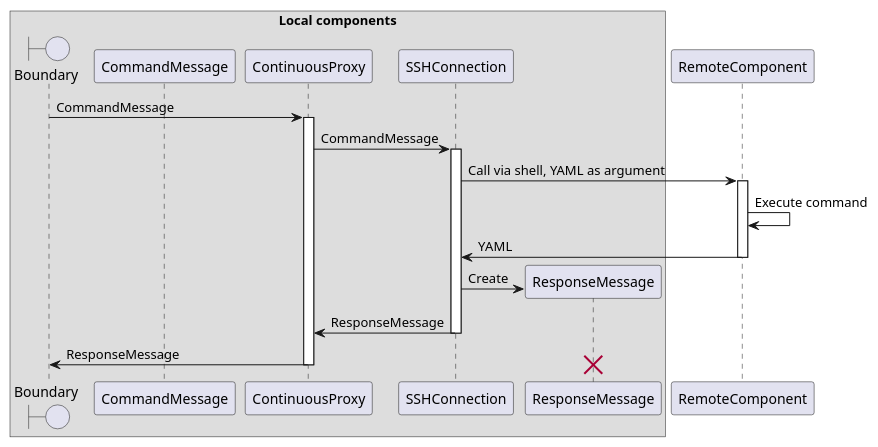
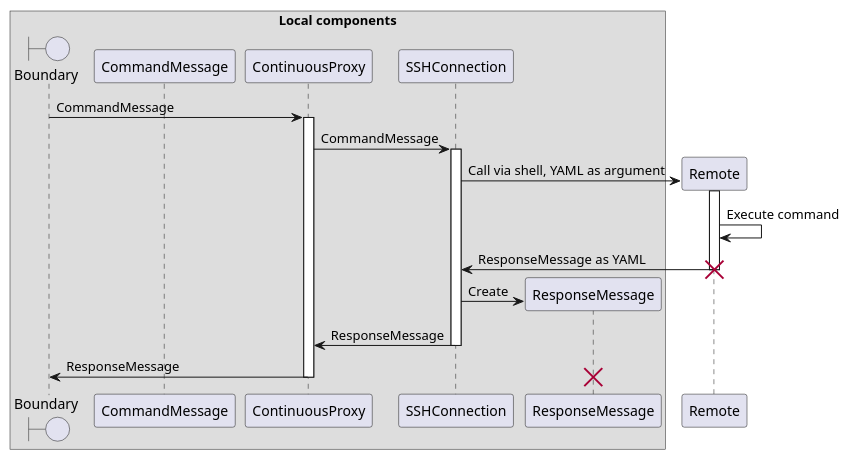
Before and after one commit to DistributedTaskScheduling/documentation: the diagram in design/sequence/proxy-continuous.puml, drawn with PlantUML. The commit also changed 2 other files, not shown here.

Commit message:
Revised Remote lifelines

```diff
--- a/design/sequence/proxy-continuous.puml
+++ b/design/sequence/proxy-continuous.puml
@@ -1,27 +1,29 @@
 @startuml
 
 'This file is the same as proxy-one-message.puml except the SSHConnection is continuous 
 'instead of created/destroyed for each Message.
 
 box "Local components"
     boundary Boundary
     participant CommandMessage
     participant ContinuousProxy as Proxy
     participant SSHConnection
     participant ResponseMessage
 end box
 
 Boundary -> Proxy ++ : CommandMessage
 'Proxy -> SSHConnection ** : Create
 Proxy -> SSHConnection ++ : CommandMessage
-SSHConnection -> RemoteComponent ++ : Call via shell, YAML as argument
-RemoteComponent -> RemoteComponent : Execute command
-SSHConnection <- RemoteComponent -- : YAML
+SSHConnection -> Remote ** : Call via shell, YAML as argument
+activate Remote
+Remote -> Remote : Execute command
+SSHConnection <- Remote -- : ResponseMessage as YAML
+destroy Remote
 SSHConnection -> ResponseMessage ** : Create
 Proxy <- SSHConnection -- : ResponseMessage
 'Proxy -> SSHConnection !!
 Boundary <- Proxy -- : ResponseMessage
 
 destroy ResponseMessage
 
 @enduml
```
